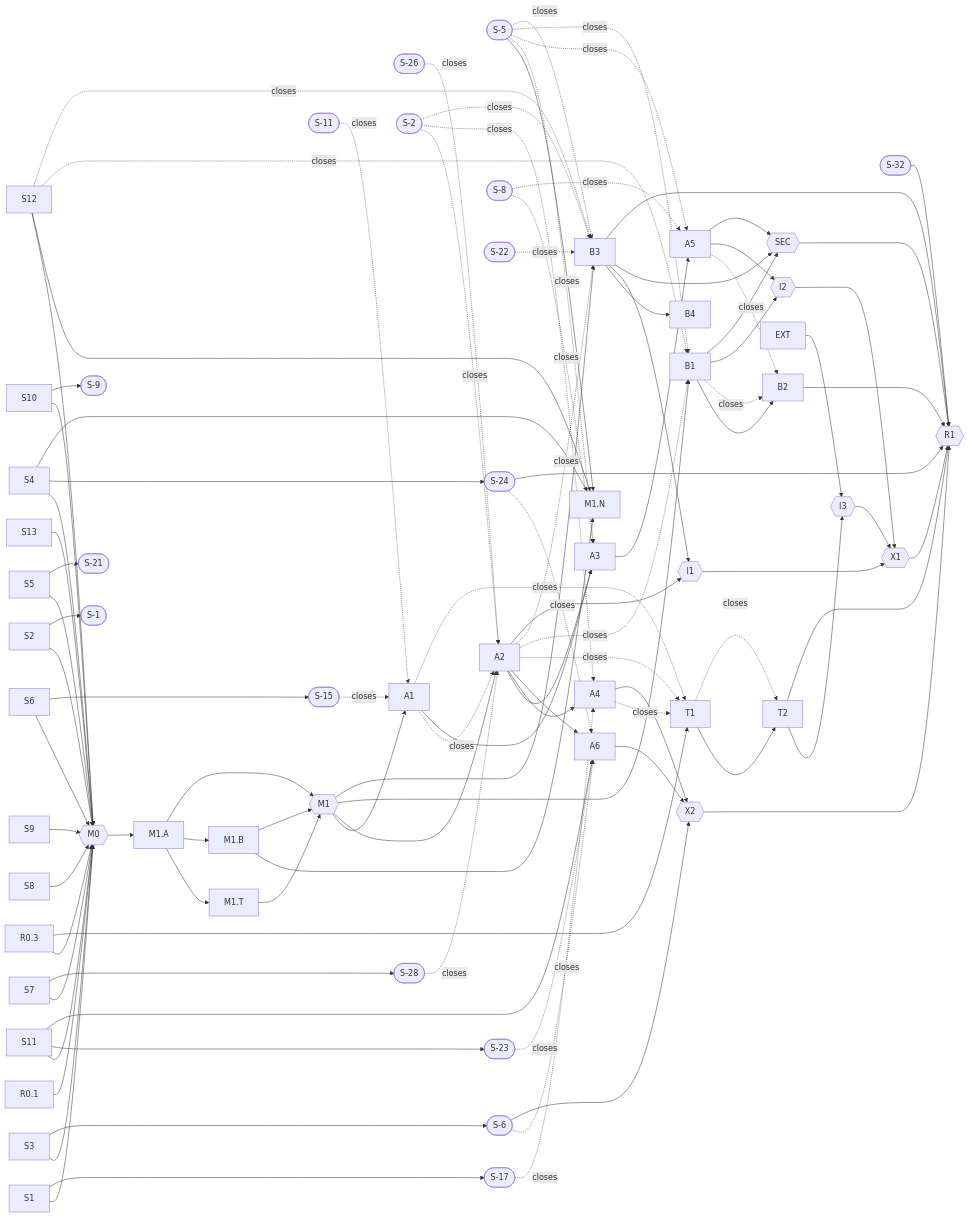
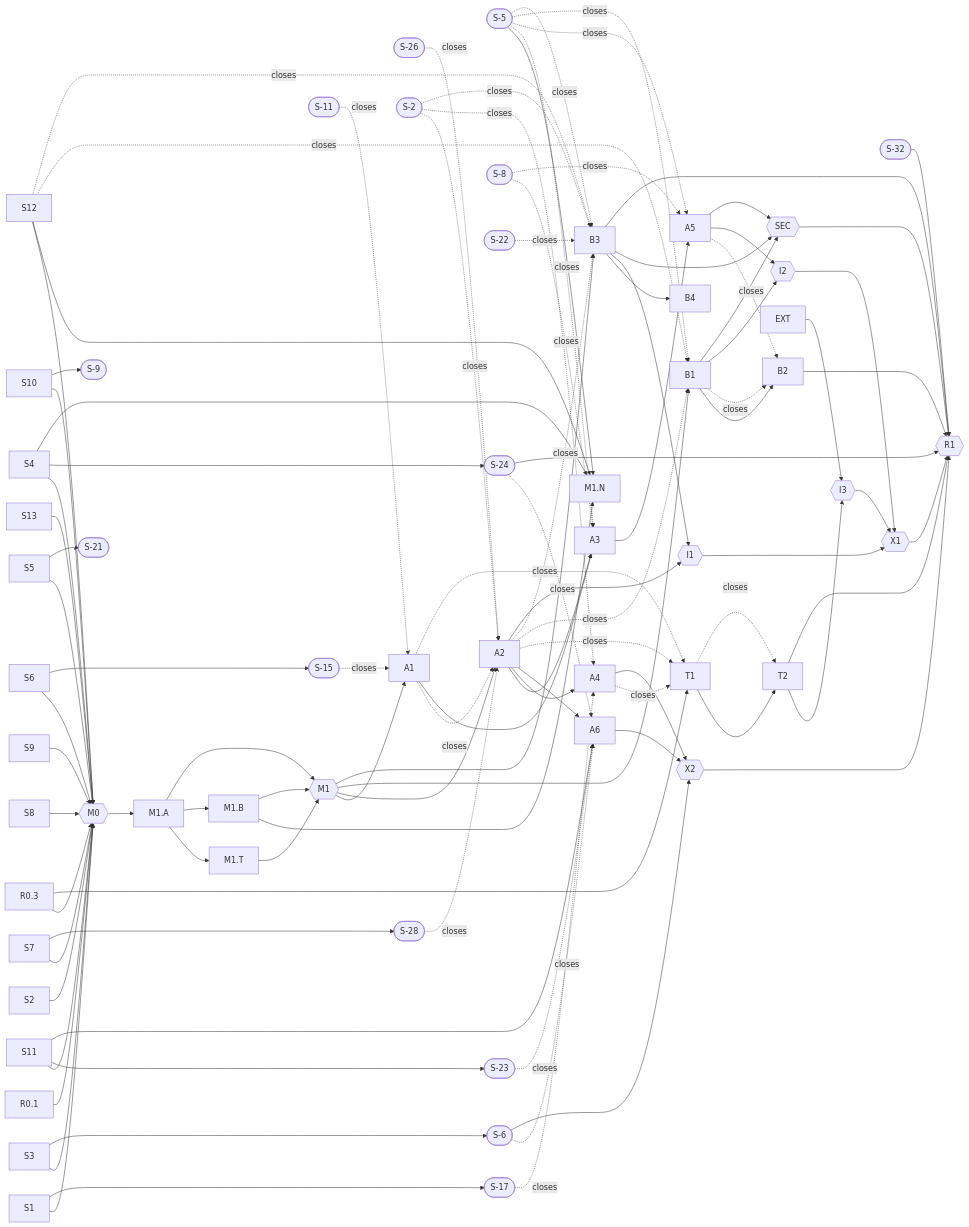
The second of 2 diagrams in development-plan/dependency-graph.md (yenrab/project-bees), drawn with Mermaid before and after one commit. The commit also changed other lines of this file and 28 other files, not shown here.

```diff
--- a/development-plan/dependency-graph.md
+++ b/development-plan/dependency-graph.md
@@ -123,7 +123,6 @@
   S_28([S-28])
   S_2([S-2])
   S_9([S-9])
-  S_1([S-1])
   S_15([S-15])
   S_11([S-11])
   S_17([S-17])
@@ -176,7 +175,6 @@
   R0_3 --> M0
   S7 --> S_28
   S10 --> S_9
-  S2 --> S_1
   S6 --> S_15
   S1 --> S_17
   S3 --> S_6
```
